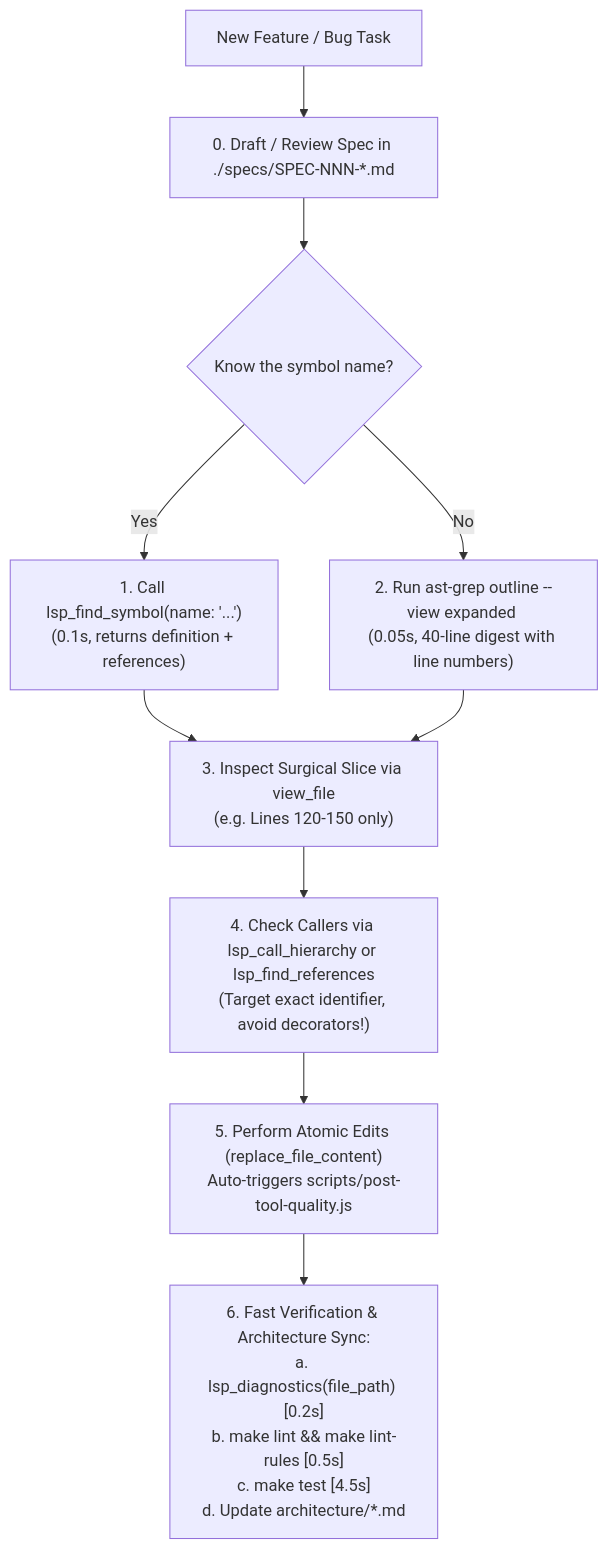
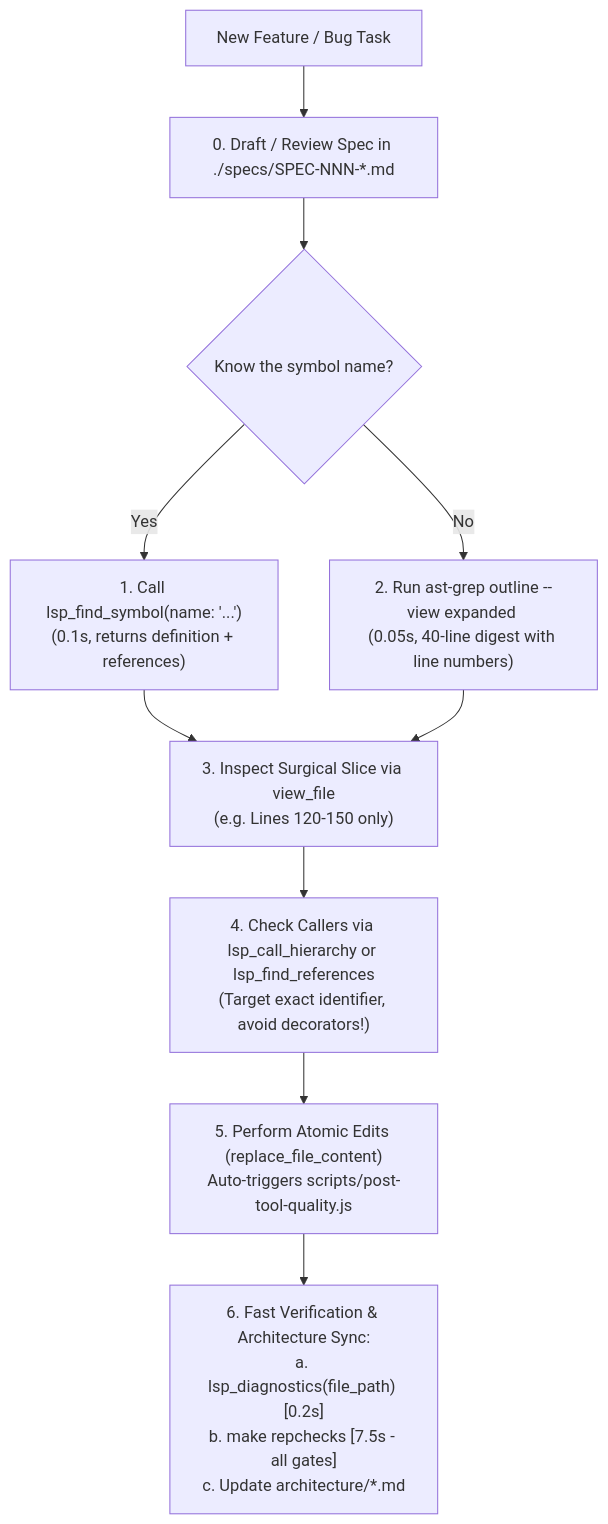
One commit to jfisheratwork/travel-tracker-public changed the diagram in architecture/07-ai-agent-playbook.md. Above: the diagram before and after it, drawn with Mermaid. The commit also changed other lines of this file and 28 other files, not shown here.

````diff
--- a/architecture/07-ai-agent-playbook.md
+++ b/architecture/07-ai-agent-playbook.md
@@ -9,17 +9,17 @@
 ```mermaid
 graph TD
     Start["New Feature / Bug Task"] --> Spec["0. Draft / Review Spec in ./specs/SPEC-NNN-*.md"]
     Spec --> QSymbol{"Know the symbol name?"}
 
     QSymbol -- Yes --> FindSymbol["1. Call lsp_find_symbol(name: '...')<br/>(0.1s, returns definition + references)"]
     QSymbol -- No --> Outline["2. Run ast-grep outline --view expanded <file><br/>(0.05s, 40-line digest with line numbers)"]
 
     FindSymbol --> Slice["3. Inspect Surgical Slice via view_file<br/>(e.g. Lines 120-150 only)"]
     Outline --> Slice
 
     Slice --> Impact["4. Check Callers via lsp_call_hierarchy or lsp_find_references<br/>(Target exact identifier, avoid decorators!)"]
 
     Impact --> Edit["5. Perform Atomic Edits (replace_file_content)<br/>Auto-triggers scripts/post-tool-quality.js"]
 
-    Edit --> Verify["6. Fast Verification & Architecture Sync:<br/>a. lsp_diagnostics(file_path) [0.2s]<br/>b. make lint && make lint-rules [0.5s]<br/>c. make test [4.5s]<br/>d. Update architecture/*.md"]
+    Edit --> Verify["6. Fast Verification & Architecture Sync:<br/>a. lsp_diagnostics(file_path) [0.2s]<br/>b. make repchecks [7.5s - all gates]<br/>c. Update architecture/*.md"]
 ```
````
